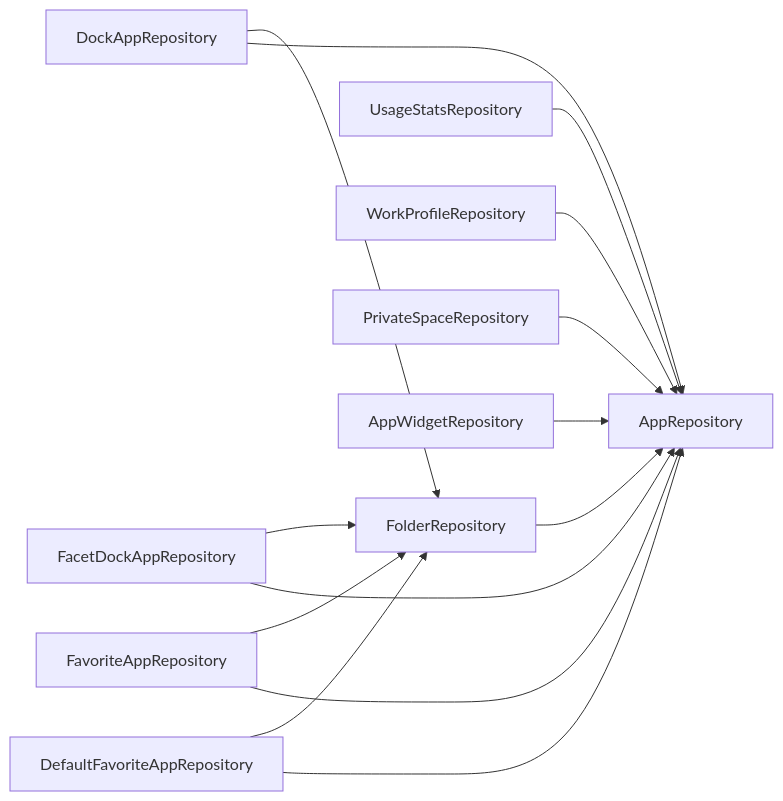
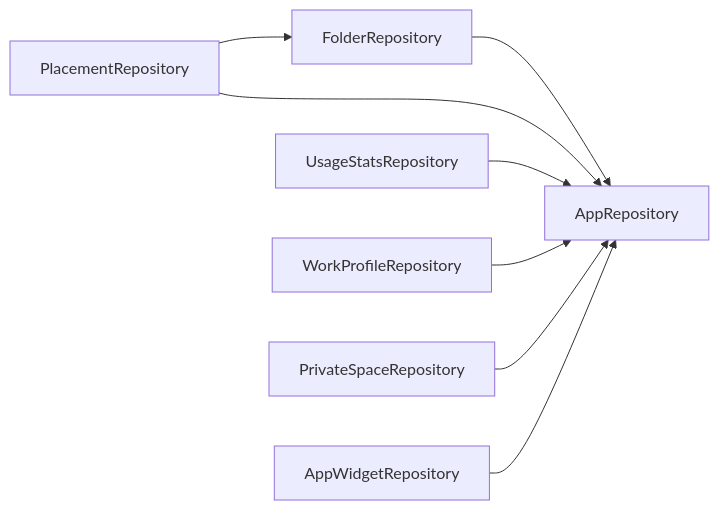
The diagram in docs/architecture/05-findings.md (rohitganjam/facet-launcher), drawn with Mermaid before and after one commit. The commit also changed other lines of this file and 113 other files, not shown here.

````diff
--- a/docs/architecture/05-findings.md
+++ b/docs/architecture/05-findings.md
@@ -65,16 +54,10 @@
 ```mermaid
 flowchart LR
-    DAR[DockAppRepository] --> FOR[FolderRepository]
-    FDAR[FacetDockAppRepository] --> FOR
-    FAR[FavoriteAppRepository] --> FOR
-    DFAR[DefaultFavoriteAppRepository] --> FOR
+    PR[PlacementRepository] --> FOR[FolderRepository]
     FOR --> AR[AppRepository]
-    DAR --> AR
-    FDAR --> AR
-    FAR --> AR
-    DFAR --> AR
+    PR --> AR
     USR[UsageStatsRepository] --> AR
     WPR2[WorkProfileRepository] --> AR
     PSR[PrivateSpaceRepository] --> AR
     AWR[AppWidgetRepository] --> AR
 ```
````
